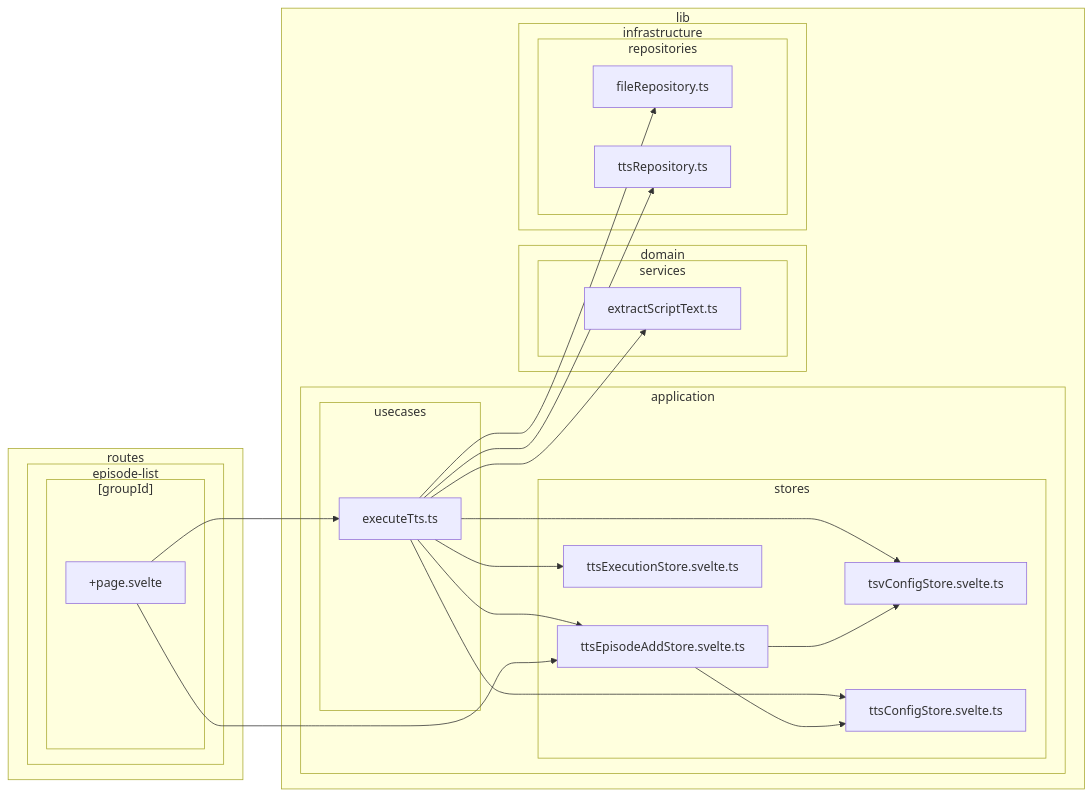
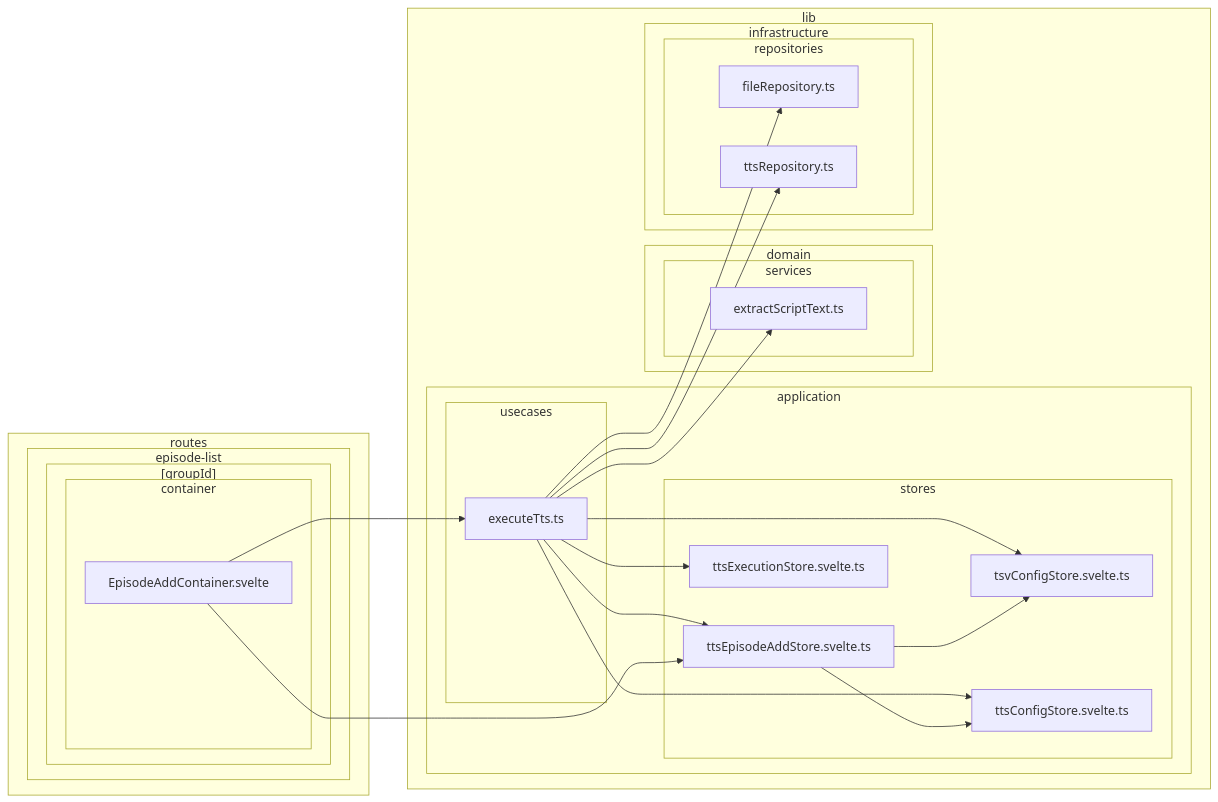
One commit to k5n/kotonoha changed diagram 13 of 38 in doc/dependency-graph.md. Above: the diagram before and after it, drawn with Mermaid. The commit also changed other lines of this file, not shown here.

Commit message:
doc: Update dependency-graph

````diff
--- a/doc/dependency-graph.md
+++ b/doc/dependency-graph.md
@@ -623,45 +637,47 @@
 ```mermaid
 graph LR
         subgraph sg_lib ["lib"]
             subgraph sg_lib_application ["application"]
                 subgraph sg_lib_application_stores ["stores"]
                     src_lib_application_stores_tsvConfigStore_svelte_ts["tsvConfigStore.svelte.ts"]
                     src_lib_application_stores_ttsConfigStore_svelte_ts["ttsConfigStore.svelte.ts"]
                     src_lib_application_stores_ttsEpisodeAddStore_svelte_ts["ttsEpisodeAddStore.svelte.ts"]
                     src_lib_application_stores_ttsExecutionStore_svelte_ts["ttsExecutionStore.svelte.ts"]
                 end
                 subgraph sg_lib_application_usecases ["usecases"]
                     src_lib_application_usecases_executeTts_ts["executeTts.ts"]
                 end
             end
             subgraph sg_lib_domain ["domain"]
                 subgraph sg_lib_domain_services ["services"]
                     src_lib_domain_services_extractScriptText_ts["extractScriptText.ts"]
                 end
             end
             subgraph sg_lib_infrastructure ["infrastructure"]
                 subgraph sg_lib_infrastructure_repositories ["repositories"]
                     src_lib_infrastructure_repositories_fileRepository_ts["fileRepository.ts"]
                     src_lib_infrastructure_repositories_ttsRepository_ts["ttsRepository.ts"]
                 end
             end
         end
         subgraph sg_routes ["routes"]
             subgraph sg_routes_episode_list ["episode-list"]
                 subgraph sg_routes_episode_list__groupId_ ["[groupId]"]
-                    src_routes_episode_list__groupId___page_svelte["+page.svelte"]
+                    subgraph sg_routes_episode_list__groupId__container ["container"]
+                        src_routes_episode_list__groupId__container_EpisodeAddContainer_svelte["EpisodeAddContainer.svelte"]
+                    end
                 end
             end
         end
     src_lib_application_usecases_executeTts_ts --> src_lib_application_stores_tsvConfigStore_svelte_ts
     src_lib_application_usecases_executeTts_ts --> src_lib_application_stores_ttsConfigStore_svelte_ts
     src_lib_application_usecases_executeTts_ts --> src_lib_application_stores_ttsEpisodeAddStore_svelte_ts
     src_lib_application_usecases_executeTts_ts --> src_lib_application_stores_ttsExecutionStore_svelte_ts
     src_lib_application_usecases_executeTts_ts --> src_lib_domain_services_extractScriptText_ts
     src_lib_application_usecases_executeTts_ts --> src_lib_infrastructure_repositories_fileRepository_ts
     src_lib_application_usecases_executeTts_ts --> src_lib_infrastructure_repositories_ttsRepository_ts
     src_lib_application_stores_ttsEpisodeAddStore_svelte_ts --> src_lib_application_stores_tsvConfigStore_svelte_ts
     src_lib_application_stores_ttsEpisodeAddStore_svelte_ts --> src_lib_application_stores_ttsConfigStore_svelte_ts
-    src_routes_episode_list__groupId___page_svelte --> src_lib_application_stores_ttsEpisodeAddStore_svelte_ts
-    src_routes_episode_list__groupId___page_svelte --> src_lib_application_usecases_executeTts_ts
+    src_routes_episode_list__groupId__container_EpisodeAddContainer_svelte --> src_lib_application_stores_ttsEpisodeAddStore_svelte_ts
+    src_routes_episode_list__groupId__container_EpisodeAddContainer_svelte --> src_lib_application_usecases_executeTts_ts
 ```
````
